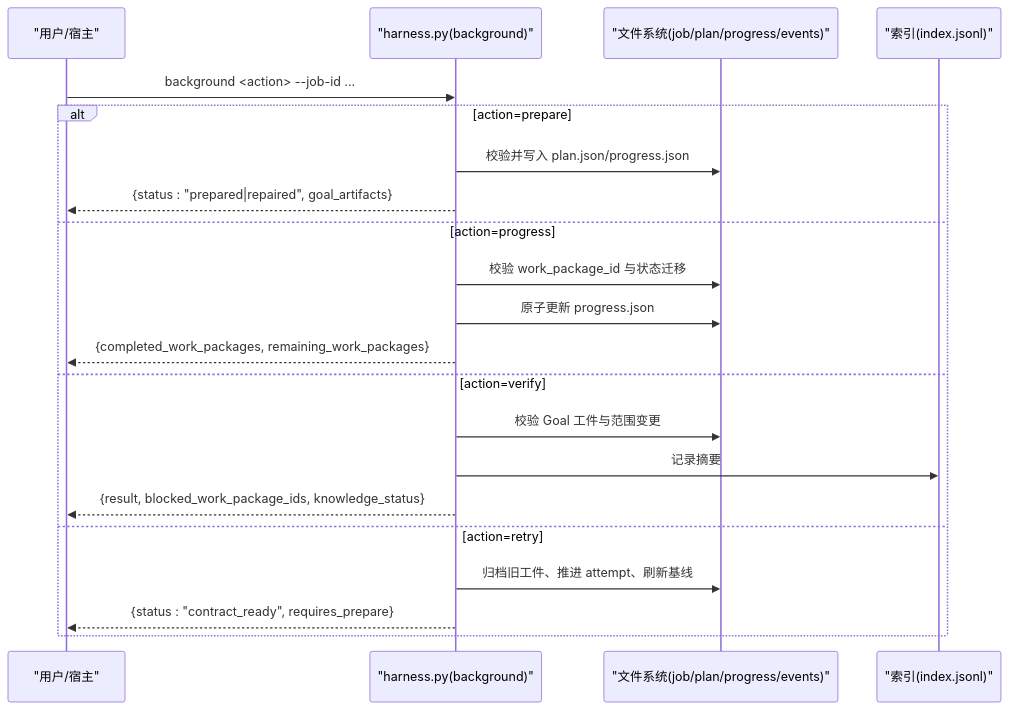
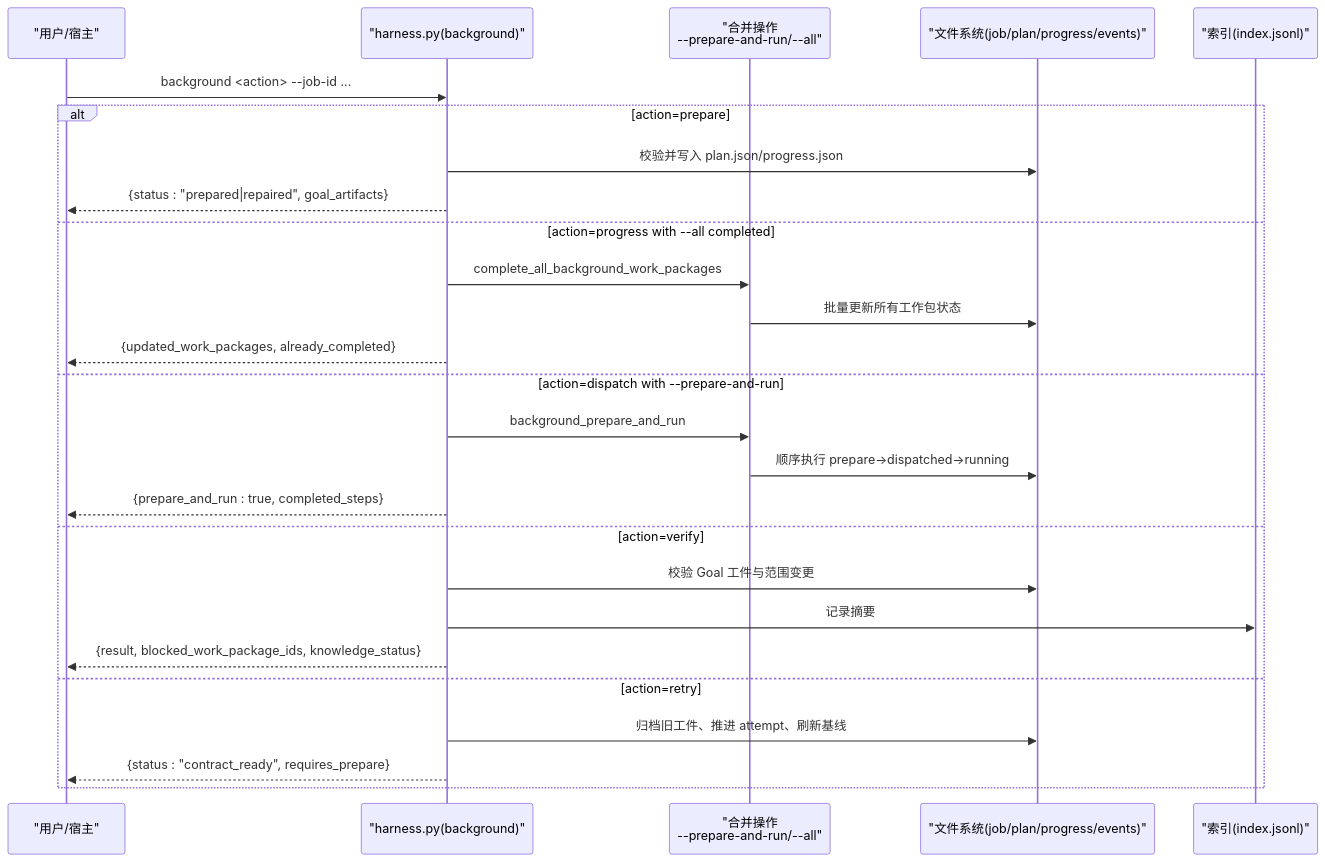
Before and after one commit to HackSing/docs-harness: the second of 8 diagrams in .qoder/repowiki/zh/content/核心概念/后台任务模型/生命周期命令/生命周期命令.md, drawn with Mermaid. The commit also changed other lines of this file and 45 other files, not shown here.

First line of the commit message:
feat(harness): v1.7.6 按变更面选择验证强度、git_commit 受控意图与关键词 Gate 路由移除

````diff
--- a/.qoder/repowiki/zh/content/核心概念/后台任务模型/生命周期命令/生命周期命令.md
+++ b/.qoder/repowiki/zh/content/核心概念/后台任务模型/生命周期命令/生命周期命令.md
@@ -89,23 +110,28 @@
 ```mermaid
 sequenceDiagram
 participant U as "用户/宿主"
 participant CLI as "harness.py(background)"
+participant MERGE as "合并操作<br/>--prepare-and-run/--all"
 participant FS as "文件系统(job/plan/progress/events)"
 participant IDX as "索引(index.jsonl)"
 U->>CLI : background <action> --job-id ...
 alt action=prepare
 CLI->>FS : 校验并写入 plan.json/progress.json
 CLI-->>U : {status : "prepared|repaired", goal_artifacts}
-else action=progress
-CLI->>FS : 校验 work_package_id 与状态迁移
-CLI->>FS : 原子更新 progress.json
-CLI-->>U : {completed_work_packages, remaining_work_packages}
+else action=progress with --all completed
+CLI->>MERGE : complete_all_background_work_packages
+MERGE->>FS : 批量更新所有工作包状态
+CLI-->>U : {updated_work_packages, already_completed}
+else action=dispatch with --prepare-and-run
+CLI->>MERGE : background_prepare_and_run
+MERGE->>FS : 顺序执行 prepare→dispatched→running
+CLI-->>U : {prepare_and_run : true, completed_steps}
 else action=verify
 CLI->>FS : 校验 Goal 工件与范围变更
 CLI->>IDX : 记录摘要
 CLI-->>U : {result, blocked_work_package_ids, knowledge_status}
 else action=retry
 CLI->>FS : 归档旧工件、推进 attempt、刷新基线
 CLI-->>U : {status : "contract_ready", requires_prepare}
 end
 ```
````
